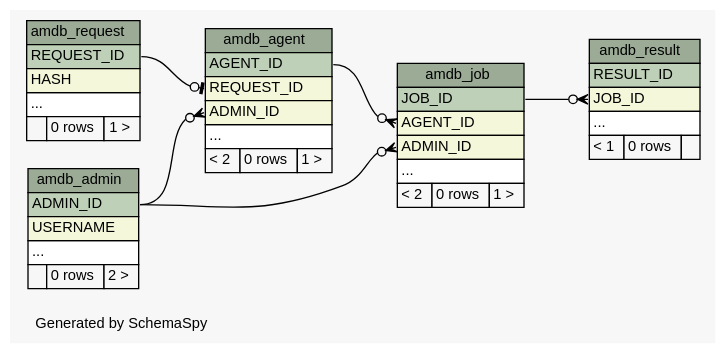
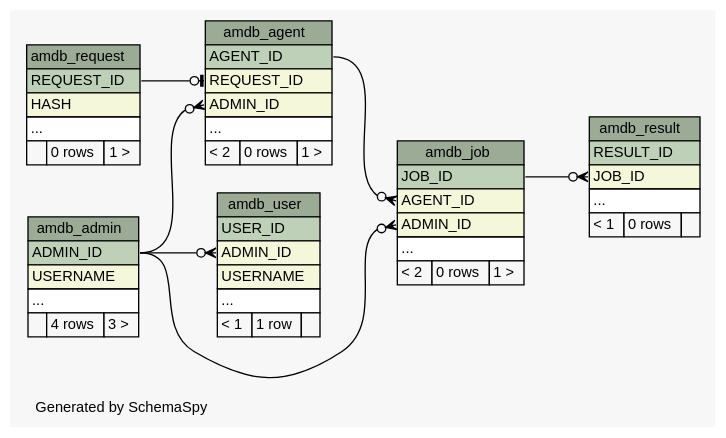
One commit to yannikab/k23b_ac changed the diagram in am/doc/schemaspy/diagrams/summary/relationships.real.compact.dot. Above: the diagram before and after it, drawn with Graphviz. The commit also changed 67 other files, not shown here.

Commit message:
Added table for Android Client users to Aggregator Manager database, plus some tests and a basic user log in service.

```diff
--- a/am/doc/schemaspy/diagrams/summary/relationships.real.compact.dot
+++ b/am/doc/schemaspy/diagrams/summary/relationships.real.compact.dot
@@ -1,89 +1,103 @@
 // dot 2.38.0 on Linux 4.0.5-gentoo
 // SchemaSpy rev 590
 digraph "compactRelationshipsDiagram" {
   graph [
     rankdir="RL"
     bgcolor="#f7f7f7"
     label="\nGenerated by SchemaSpy"
     labeljust="l"
     nodesep="0.18"
     ranksep="0.46"
     fontname="Helvetica"
     fontsize="11"
   ];
   node [
     fontname="Helvetica"
     fontsize="11"
     shape="plaintext"
   ];
   edge [
     arrowsize="0.8"
   ];
   "amdb_admin" [
     label=<
     <TABLE BORDER="0" CELLBORDER="1" CELLSPACING="0" BGCOLOR="#ffffff">
       <TR><TD COLSPAN="3" BGCOLOR="#9bab96" ALIGN="CENTER">amdb_admin</TD></TR>
       <TR><TD PORT="ADMIN_ID" COLSPAN="3" BGCOLOR="#bed1b8" ALIGN="LEFT">ADMIN_ID</TD></TR>
       <TR><TD PORT="USERNAME" COLSPAN="3" BGCOLOR="#f4f7da" ALIGN="LEFT">USERNAME</TD></TR>
       <TR><TD PORT="elipses" COLSPAN="3" ALIGN="LEFT">...</TD></TR>
-      <TR><TD ALIGN="LEFT" BGCOLOR="#f7f7f7">  </TD><TD ALIGN="RIGHT" BGCOLOR="#f7f7f7">0 rows</TD><TD ALIGN="RIGHT" BGCOLOR="#f7f7f7">2 &gt;</TD></TR>
+      <TR><TD ALIGN="LEFT" BGCOLOR="#f7f7f7">  </TD><TD ALIGN="RIGHT" BGCOLOR="#f7f7f7">4 rows</TD><TD ALIGN="RIGHT" BGCOLOR="#f7f7f7">3 &gt;</TD></TR>
     </TABLE>>
     URL="tables/amdb_admin.html"
     tooltip="amdb_admin"
   ];
   "amdb_agent" [
     label=<
     <TABLE BORDER="0" CELLBORDER="1" CELLSPACING="0" BGCOLOR="#ffffff">
       <TR><TD COLSPAN="3" BGCOLOR="#9bab96" ALIGN="CENTER">amdb_agent</TD></TR>
       <TR><TD PORT="AGENT_ID" COLSPAN="3" BGCOLOR="#bed1b8" ALIGN="LEFT">AGENT_ID</TD></TR>
       <TR><TD PORT="REQUEST_ID" COLSPAN="3" BGCOLOR="#f4f7da" ALIGN="LEFT">REQUEST_ID</TD></TR>
       <TR><TD PORT="ADMIN_ID" COLSPAN="3" BGCOLOR="#f4f7da" ALIGN="LEFT">ADMIN_ID</TD></TR>
       <TR><TD PORT="elipses" COLSPAN="3" ALIGN="LEFT">...</TD></TR>
       <TR><TD ALIGN="LEFT" BGCOLOR="#f7f7f7">&lt; 2</TD><TD ALIGN="RIGHT" BGCOLOR="#f7f7f7">0 rows</TD><TD ALIGN="RIGHT" BGCOLOR="#f7f7f7">1 &gt;</TD></TR>
     </TABLE>>
     URL="tables/amdb_agent.html"
     tooltip="amdb_agent"
   ];
   "amdb_job" [
     label=<
     <TABLE BORDER="0" CELLBORDER="1" CELLSPACING="0" BGCOLOR="#ffffff">
       <TR><TD COLSPAN="3" BGCOLOR="#9bab96" ALIGN="CENTER">amdb_job</TD></TR>
       <TR><TD PORT="JOB_ID" COLSPAN="3" BGCOLOR="#bed1b8" ALIGN="LEFT">JOB_ID</TD></TR>
       <TR><TD PORT="AGENT_ID" COLSPAN="3" BGCOLOR="#f4f7da" ALIGN="LEFT">AGENT_ID</TD></TR>
       <TR><TD PORT="ADMIN_ID" COLSPAN="3" BGCOLOR="#f4f7da" ALIGN="LEFT">ADMIN_ID</TD></TR>
       <TR><TD PORT="elipses" COLSPAN="3" ALIGN="LEFT">...</TD></TR>
       <TR><TD ALIGN="LEFT" BGCOLOR="#f7f7f7">&lt; 2</TD><TD ALIGN="RIGHT" BGCOLOR="#f7f7f7">0 rows</TD><TD ALIGN="RIGHT" BGCOLOR="#f7f7f7">1 &gt;</TD></TR>
     </TABLE>>
     URL="tables/amdb_job.html"
     tooltip="amdb_job"
   ];
   "amdb_request" [
     label=<
     <TABLE BORDER="0" CELLBORDER="1" CELLSPACING="0" BGCOLOR="#ffffff">
       <TR><TD COLSPAN="3" BGCOLOR="#9bab96" ALIGN="CENTER">amdb_request</TD></TR>
       <TR><TD PORT="REQUEST_ID" COLSPAN="3" BGCOLOR="#bed1b8" ALIGN="LEFT">REQUEST_ID</TD></TR>
       <TR><TD PORT="HASH" COLSPAN="3" BGCOLOR="#f4f7da" ALIGN="LEFT">HASH</TD></TR>
       <TR><TD PORT="elipses" COLSPAN="3" ALIGN="LEFT">...</TD></TR>
       <TR><TD ALIGN="LEFT" BGCOLOR="#f7f7f7">  </TD><TD ALIGN="RIGHT" BGCOLOR="#f7f7f7">0 rows</TD><TD ALIGN="RIGHT" BGCOLOR="#f7f7f7">1 &gt;</TD></TR>
     </TABLE>>
     URL="tables/amdb_request.html"
     tooltip="amdb_request"
   ];
   "amdb_result" [
     label=<
     <TABLE BORDER="0" CELLBORDER="1" CELLSPACING="0" BGCOLOR="#ffffff">
       <TR><TD COLSPAN="3" BGCOLOR="#9bab96" ALIGN="CENTER">amdb_result</TD></TR>
       <TR><TD PORT="RESULT_ID" COLSPAN="3" BGCOLOR="#bed1b8" ALIGN="LEFT">RESULT_ID</TD></TR>
       <TR><TD PORT="JOB_ID" COLSPAN="3" BGCOLOR="#f4f7da" ALIGN="LEFT">JOB_ID</TD></TR>
       <TR><TD PORT="elipses" COLSPAN="3" ALIGN="LEFT">...</TD></TR>
       <TR><TD ALIGN="LEFT" BGCOLOR="#f7f7f7">&lt; 1</TD><TD ALIGN="RIGHT" BGCOLOR="#f7f7f7">0 rows</TD><TD ALIGN="RIGHT" BGCOLOR="#f7f7f7">  </TD></TR>
     </TABLE>>
     URL="tables/amdb_result.html"
     tooltip="amdb_result"
   ];
+  "amdb_user" [
+    label=<
+    <TABLE BORDER="0" CELLBORDER="1" CELLSPACING="0" BGCOLOR="#ffffff">
+      <TR><TD COLSPAN="3" BGCOLOR="#9bab96" ALIGN="CENTER">amdb_user</TD></TR>
+      <TR><TD PORT="USER_ID" COLSPAN="3" BGCOLOR="#bed1b8" ALIGN="LEFT">USER_ID</TD></TR>
+      <TR><TD PORT="ADMIN_ID" COLSPAN="3" BGCOLOR="#f4f7da" ALIGN="LEFT">ADMIN_ID</TD></TR>
+      <TR><TD PORT="USERNAME" COLSPAN="3" BGCOLOR="#f4f7da" ALIGN="LEFT">USERNAME</TD></TR>
+      <TR><TD PORT="elipses" COLSPAN="3" ALIGN="LEFT">...</TD></TR>
+      <TR><TD ALIGN="LEFT" BGCOLOR="#f7f7f7">&lt; 1</TD><TD ALIGN="RIGHT" BGCOLOR="#f7f7f7">1 row</TD><TD ALIGN="RIGHT" BGCOLOR="#f7f7f7">  </TD></TR>
+    </TABLE>>
+    URL="tables/amdb_user.html"
+    tooltip="amdb_user"
+  ];
   "amdb_agent":"ADMIN_ID":w -> "amdb_admin":"ADMIN_ID":e [arrowhead=none dir=back arrowtail=crowodot];
   "amdb_agent":"REQUEST_ID":w -> "amdb_request":"REQUEST_ID":e [arrowhead=none dir=back arrowtail=teeodot];
   "amdb_job":"ADMIN_ID":w -> "amdb_admin":"ADMIN_ID":e [arrowhead=none dir=back arrowtail=crowodot];
   "amdb_job":"AGENT_ID":w -> "amdb_agent":"AGENT_ID":e [arrowhead=none dir=back arrowtail=crowodot];
   "amdb_result":"JOB_ID":w -> "amdb_job":"JOB_ID":e [arrowhead=none dir=back arrowtail=crowodot];
+  "amdb_user":"ADMIN_ID":w -> "amdb_admin":"ADMIN_ID":e [arrowhead=none dir=back arrowtail=crowodot];
 }
```
